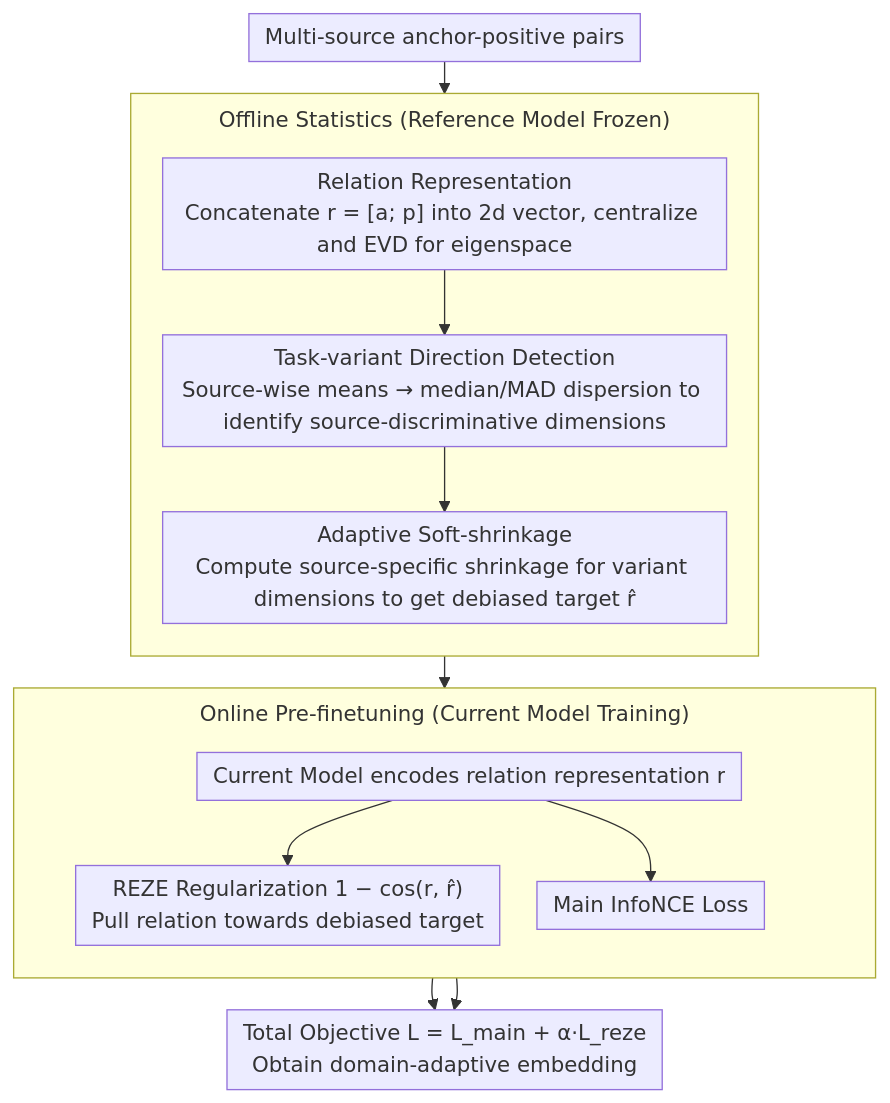
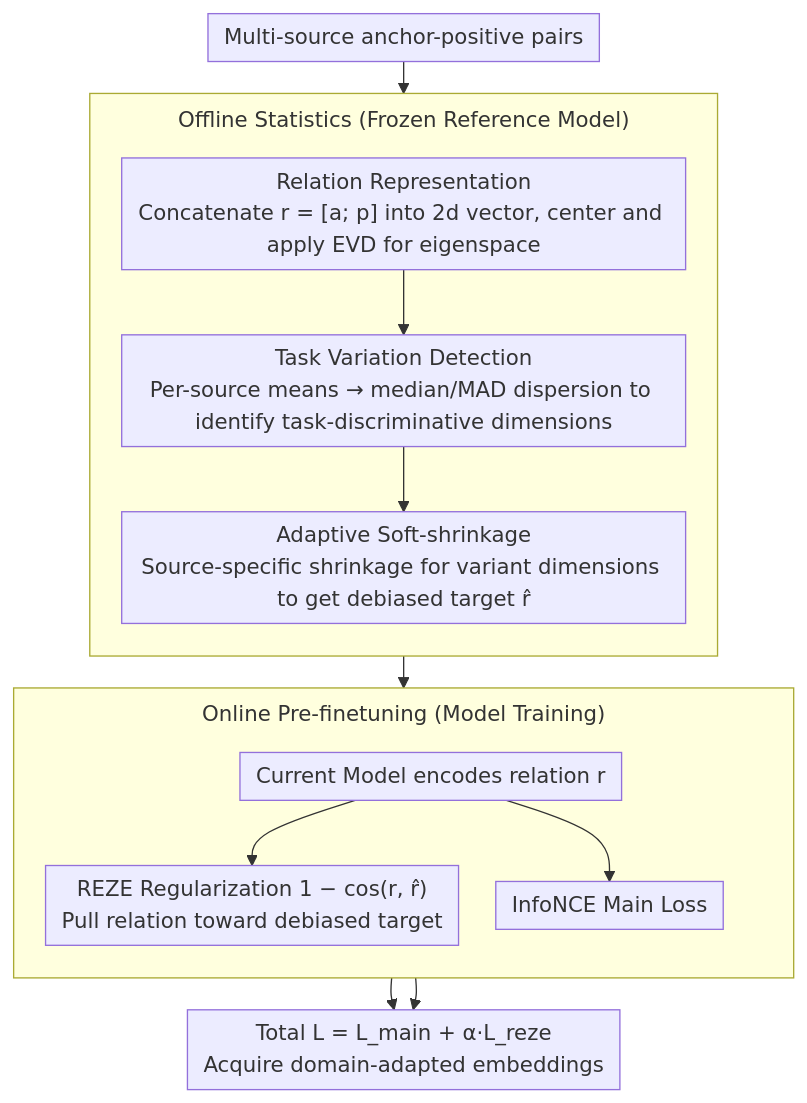
One commit to zhaoyang97/Paper-Notes-en changed the diagram in docs/ACL2026/information_retrieval/reze_representation_regularization_for_domain-adaptive_text_embedding_pre-finetu.md. Above: the diagram before and after it, drawn with Mermaid. The commit also changed other lines of this file and 5084 other files, not shown here.

````diff
--- a/docs/ACL2026/information_retrieval/reze_representation_regularization_for_domain-adaptive_text_embedding_pre-finetu.md
+++ b/docs/ACL2026/information_retrieval/reze_representation_regularization_for_domain-adaptive_text_embedding_pre-finetu.md
@@ -44,23 +44,23 @@
 ```mermaid
 %%{init: {'flowchart': {'rankSpacing': 24, 'nodeSpacing': 28, 'padding': 6, 'wrappingWidth': 400, 'subGraphTitleMargin': {'top': 8, 'bottom': 16}}}}%%
 flowchart TD
     IN["Multi-source anchor-positive pairs"] --> REL
-    subgraph OFFLINE["Offline Statistics (Reference Model Frozen)"]
+    subgraph OFFLINE["Offline Statistics (Frozen Reference Model)"]
         direction TB
-        REL["Relation Representation<br/>Concatenate r = [a; p] into 2d vector, centralize and EVD for eigenspace"]
-        DET["Task-variant Direction Detection<br/>Source-wise means → median/MAD dispersion to identify source-discriminative dimensions"]
-        SHR["Adaptive Soft-shrinkage<br/>Compute source-specific shrinkage for variant dimensions to get debiased target r̂"]
+        REL["Relation Representation<br/>Concatenate r = [a; p] into 2d vector, center and apply EVD for eigenspace"]
+        DET["Task Variation Detection<br/>Per-source means → median/MAD dispersion to identify task-discriminative dimensions"]
+        SHR["Adaptive Soft-shrinkage<br/>Source-specific shrinkage for variant dimensions to get debiased target r̂"]
         REL --> DET --> SHR
     end
     SHR --> REG
-    subgraph ONLINE["Online Pre-finetuning (Current Model Training)"]
+    subgraph ONLINE["Online Pre-finetuning (Model Training)"]
         direction TB
-        ENC["Current Model encodes relation representation r"]
-        MAIN["Main InfoNCE Loss"]
-        REG["REZE Regularization 1 − cos(r, r̂)<br/>Pull relation towards debiased target"]
+        ENC["Current Model encodes relation r"]
+        MAIN["InfoNCE Main Loss"]
+        REG["REZE Regularization 1 − cos(r, r̂)<br/>Pull relation toward debiased target"]
         ENC --> MAIN
         ENC --> REG
     end
-    MAIN --> OUT["Total Objective L = L_main + α·L_reze<br/>Obtain domain-adaptive embedding"]
+    MAIN --> OUT["Total L = L_main + α·L_reze<br/>Acquire domain-adapted embeddings"]
     REG --> OUT
 ```
````
